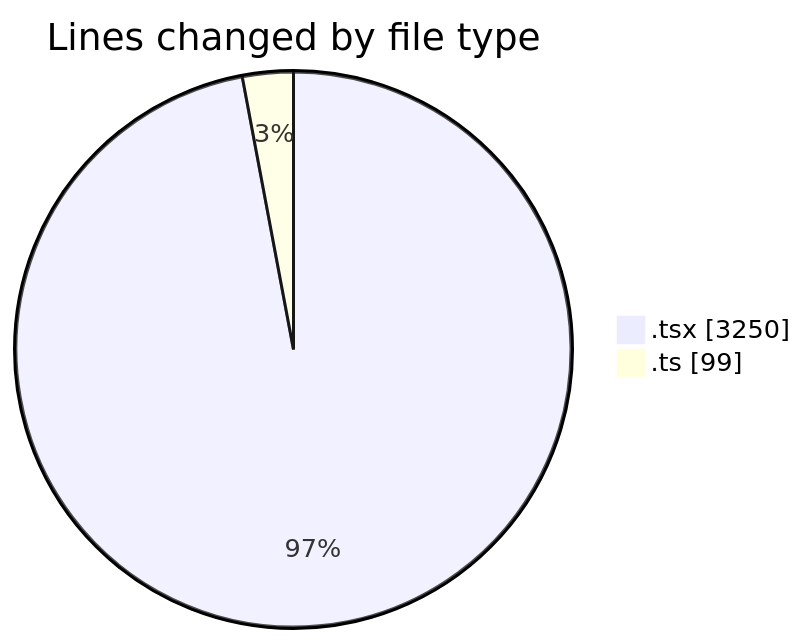
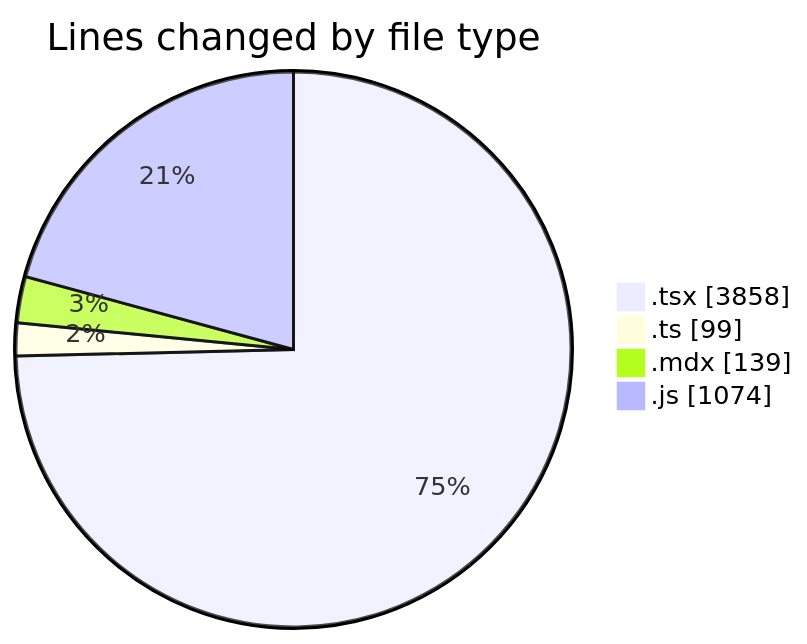
Before and after one commit to Elitesun/code-tracking: the first of 2 diagrams in 2025-05-10/elitesun/README.md, drawn with Mermaid. The commit also changed other lines of this file and 1 other file, not shown here.

````diff
--- a/2025-05-10/elitesun/README.md
+++ b/2025-05-10/elitesun/README.md
@@ -29,6 +34,8 @@
 ```mermaid
 pie showData
 title Lines changed by file type
-".tsx" : 3250
+".tsx" : 3858
 ".ts" : 99
+".mdx" : 139
+".js" : 1074
 ```
````
